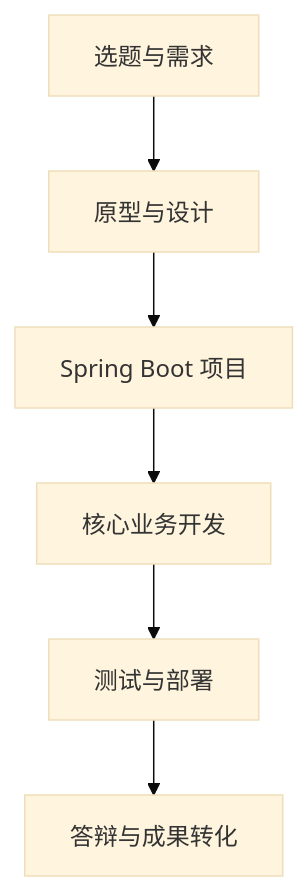
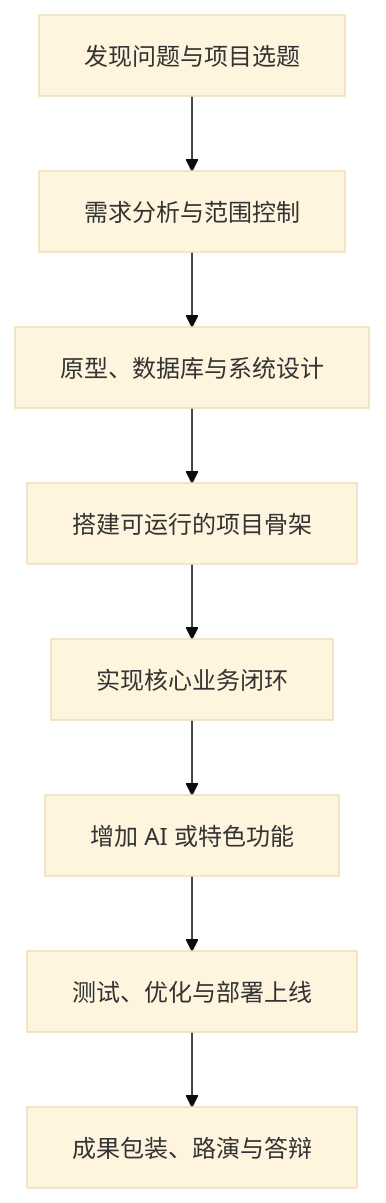
Before and after one commit to dedeguo/software-project-training-docs: the diagram in docs/index.md, drawn with Mermaid (base theme). The commit also changed other lines of this file, not shown here.

````diff
--- a/docs/index.md
+++ b/docs/index.md
@@ -20,8 +39,10 @@
 ```mermaid
 flowchart TD
-    A["选题与需求"] --> B["原型与设计"]
-    B --> C["Spring Boot 项目"]
-    C --> D["核心业务开发"]
-    D --> E["测试与部署"]
-    E --> F["答辩与成果转化"]
+    A["发现问题与项目选题"] --> B["需求分析与范围控制"]
+    B --> C["原型、数据库与系统设计"]
+    C --> D["搭建可运行的项目骨架"]
+    D --> E["实现核心业务闭环"]
+    E --> F["增加 AI 或特色功能"]
+    F --> G["测试、优化与部署上线"]
+    G --> H["成果包装、路演与答辩"]
 ```
````
